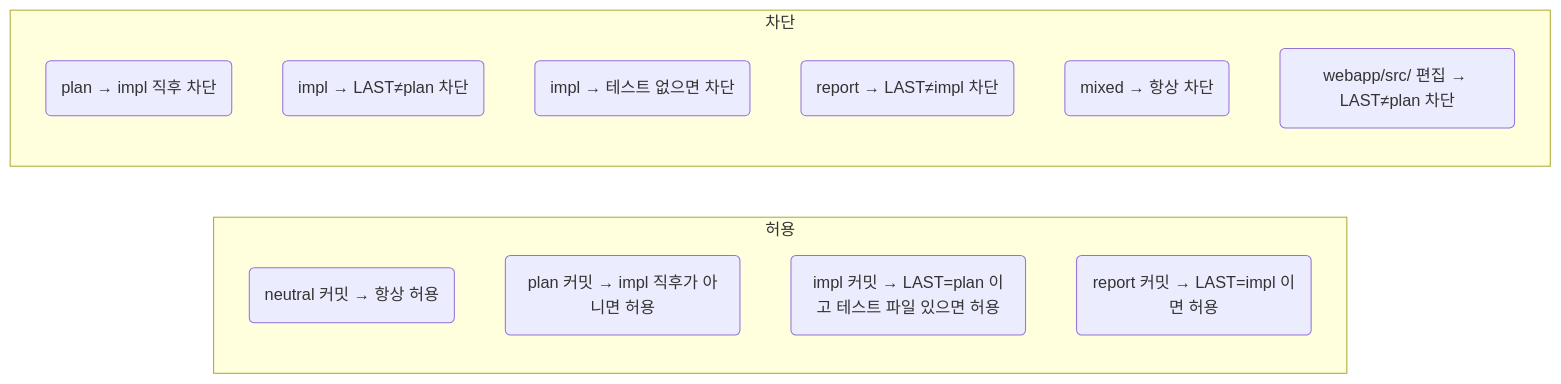
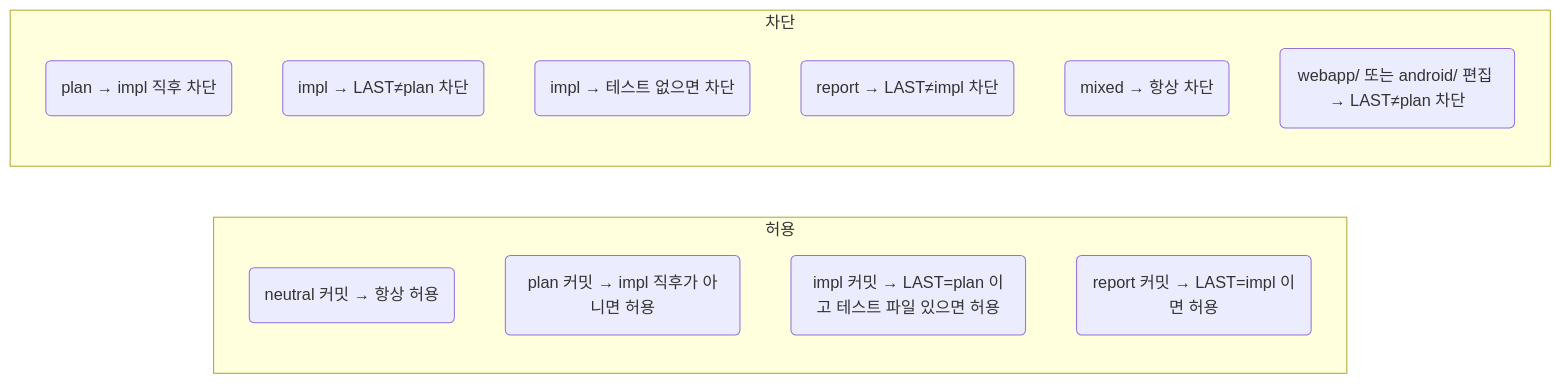
One commit to seungrye/slowmade-duckdns-org changed the second of 2 diagrams in docs/hooks.md. Above: the diagram before and after it, drawn with Mermaid. The commit also changed other lines of this file and 2 other files, not shown here.

First line of the commit message:
chore: 훅 범위 확장 — webapp/src/ → webapp/ + android/

````diff
--- a/docs/hooks.md
+++ b/docs/hooks.md
@@ -65,18 +69,18 @@
 ```mermaid
 flowchart LR
     subgraph 허용
         R1(neutral 커밋 → 항상 허용)
         R2(plan 커밋 → impl 직후가 아니면 허용)
         R3(impl 커밋 → LAST=plan 이고 테스트 파일 있으면 허용)
         R4(report 커밋 → LAST=impl 이면 허용)
     end
 
     subgraph 차단
         D1(plan → impl 직후 차단)
         D2(impl → LAST≠plan 차단)
         D3(impl → 테스트 없으면 차단)
         D4(report → LAST≠impl 차단)
         D5(mixed → 항상 차단)
-        D6(webapp/src/ 편집 → LAST≠plan 차단)
+        D6(webapp/ 또는 android/ 편집 → LAST≠plan 차단)
     end
 ```
````
